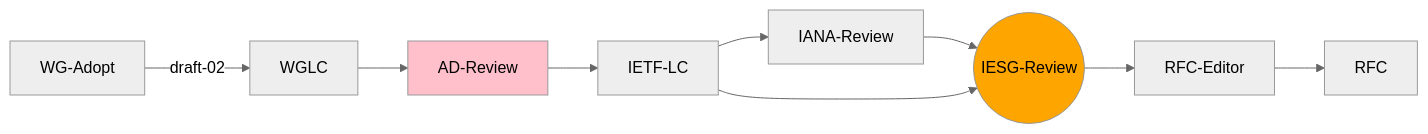
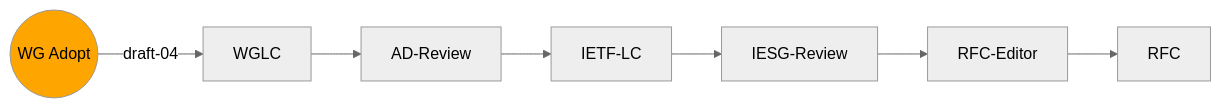
One commit to ietf-wg-httpapi/ietf-wg-httpapi.github.io changed the second of 12 diagrams in index.md. Above: the diagram before and after it, drawn with Mermaid (neutral theme). The commit also changed other lines of this file, not shown here.

Commit message:
Updated for IETF119

````diff
--- a/index.md
+++ b/index.md
@@ -42,17 +43,13 @@
 ```mermaid
 graph LR
     classDef current fill:orange
     classDef lastIETF fill:pink
 
-    WG-Adopt --draft-02--> WGLC
+    WG-Adopt((WG Adopt)) --draft-04--> WGLC
+    class WG-Adopt current
     WGLC --> AD-Review
     AD-Review --> IETF-LC
-    IETF-LC --> IANA-Review
-    IANA-Review --> IESG-Review((IESG-Review))
     IETF-LC --> IESG-Review
     IESG-Review --> RFC-Editor
-    RFC-Editor --> RFC   
-
-    class IESG-Review current
-    class AD-Review lastIETF
+    RFC-Editor --> RFC
 ```
````
